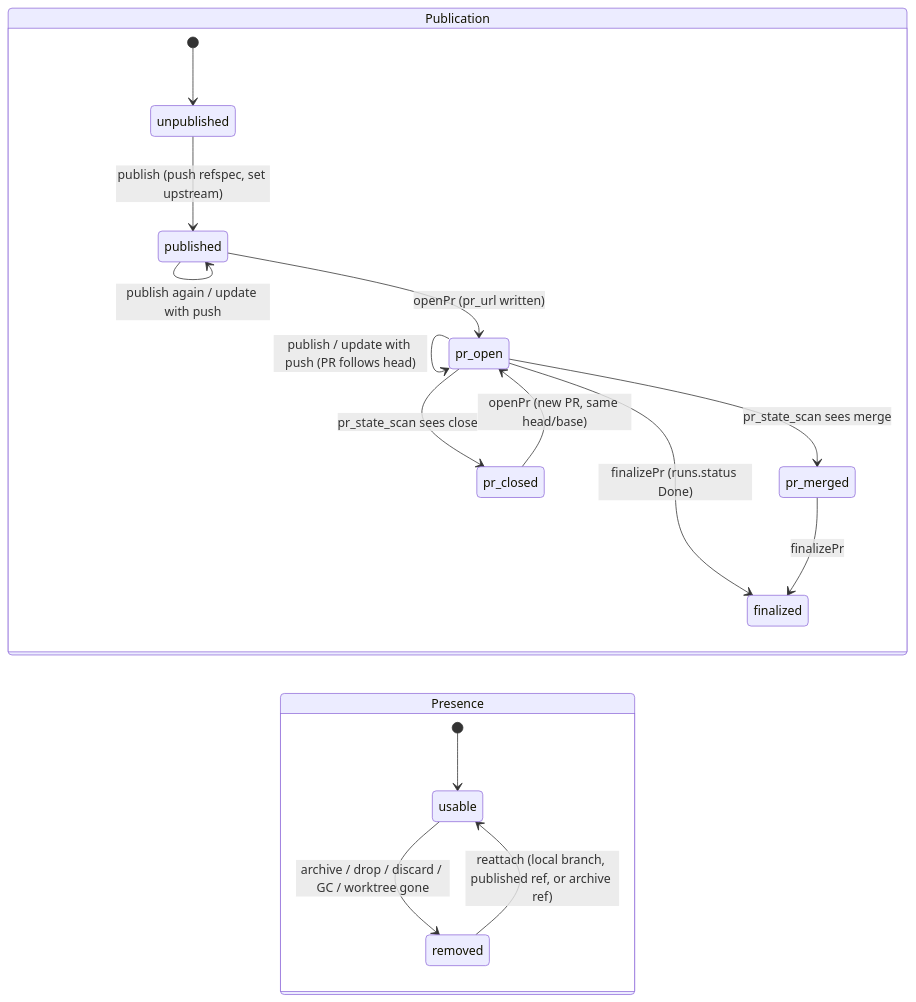
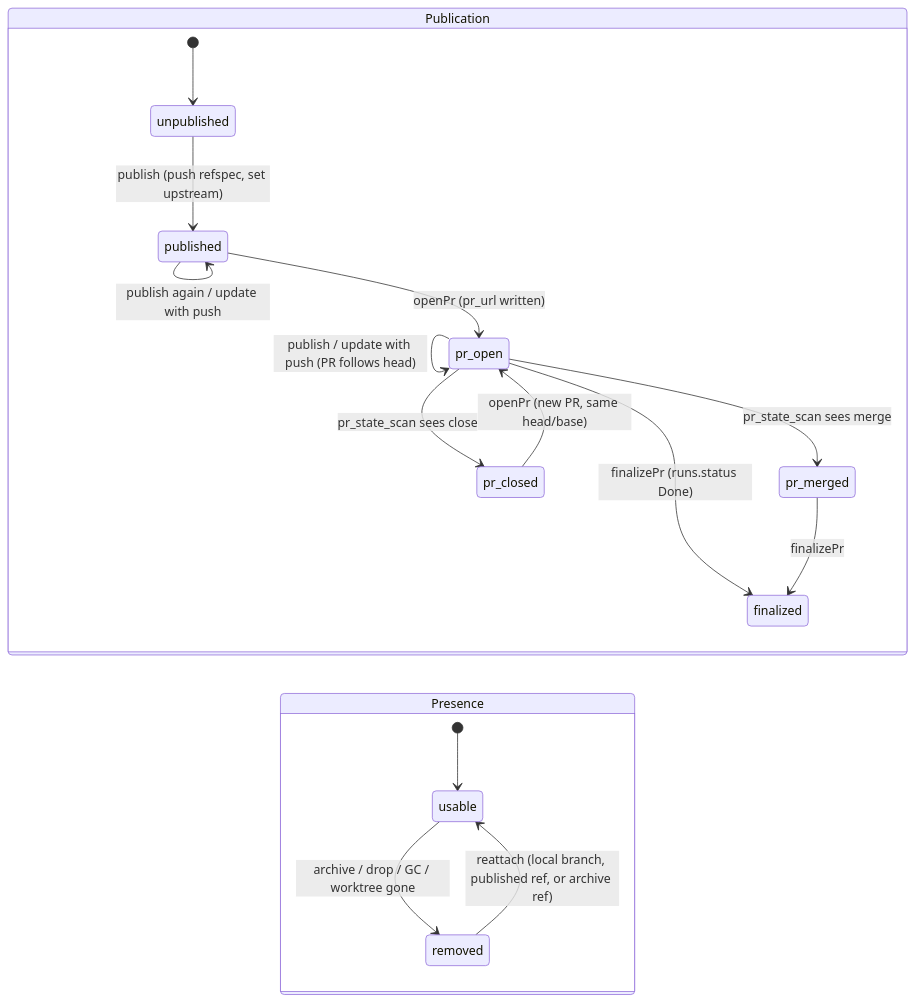
One commit to maister-dev/maister changed the first of 6 diagrams in docs/system-analytics/workbench-git.md. Above: the diagram before and after it, drawn with Mermaid. The commit also changed other lines of this file and 19 other files, not shown here.

First line of the commit message:
docs(workbench-git): freeze the ADR-181 contracts (OpenAPI, ERD, taxonomy, screens, RU)

````diff
--- a/docs/system-analytics/workbench-git.md
+++ b/docs/system-analytics/workbench-git.md
@@ -65,21 +84,21 @@
 ```mermaid
 stateDiagram-v2
     direction LR
     state "Publication" as pub {
         [*] --> unpublished
         unpublished --> published: publish (push refspec, set upstream)
         published --> published: publish again / update with push
         published --> pr_open: openPr (pr_url written)
         pr_open --> pr_open: publish / update with push (PR follows head)
         pr_open --> finalized: finalizePr (runs.status Done)
         pr_open --> pr_merged: pr_state_scan sees merge
         pr_merged --> finalized: finalizePr
         pr_open --> pr_closed: pr_state_scan sees close
         pr_closed --> pr_open: openPr (new PR, same head/base)
     }
     state "Presence" as pres {
         [*] --> usable
-        usable --> removed: archive / drop / discard / GC / worktree gone
+        usable --> removed: archive / drop / GC / worktree gone
         removed --> usable: reattach (local branch, published ref, or archive ref)
     }
 ```
````
